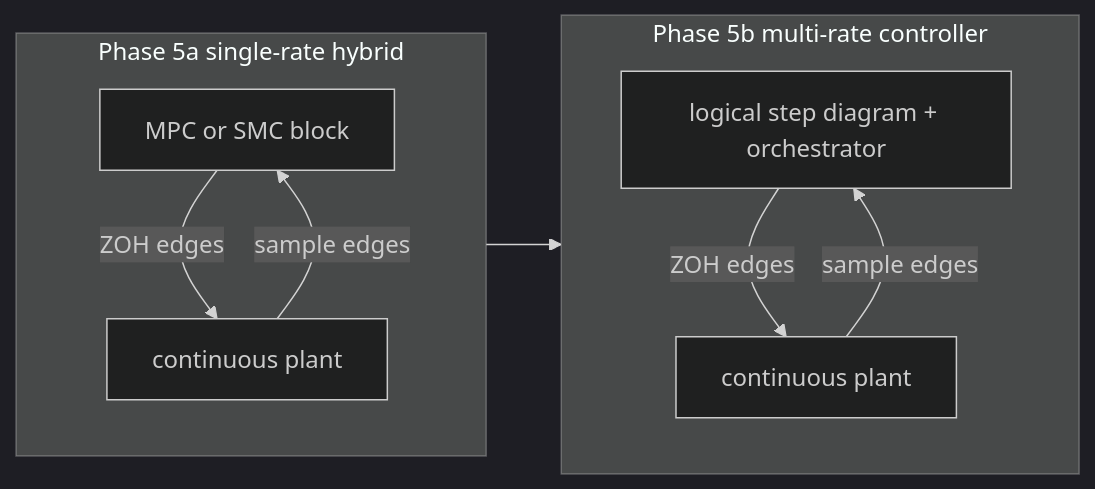
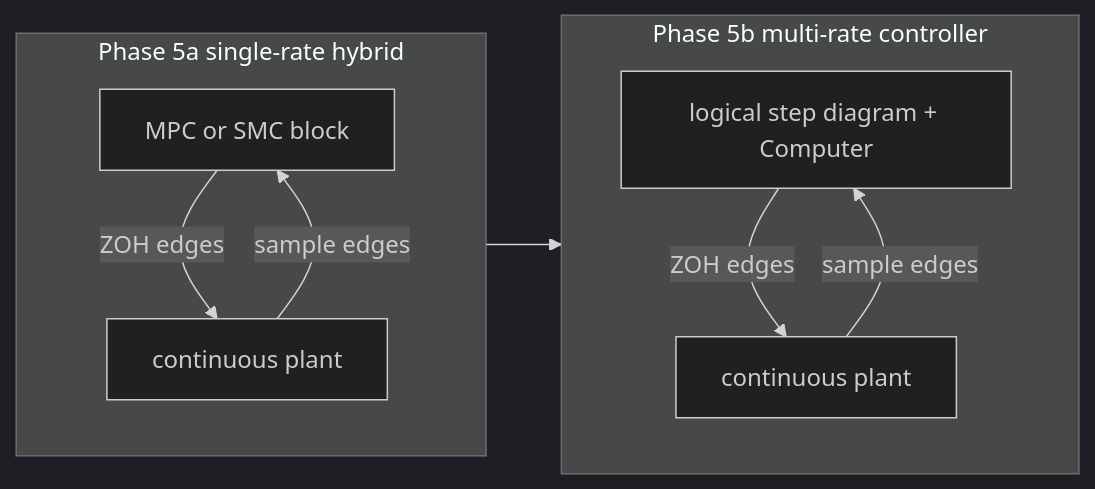
One commit to alx87grd/minilink changed the first of 4 diagrams in docs/plans/hybrid-discrete-simulation.md. Above: the diagram before and after it, drawn with Mermaid (dark theme). The commit also changed other lines of this file and 9 other files, not shown here.

````diff
--- a/docs/plans/hybrid-discrete-simulation.md
+++ b/docs/plans/hybrid-discrete-simulation.md
@@ -304,18 +304,18 @@
 ```mermaid
 flowchart LR
     subgraph phase5a [Phase 5a single-rate hybrid]
         C1[MPC or SMC block]
         P1[continuous plant]
         C1 -->|ZOH edges| P1
         P1 -->|sample edges| C1
     end
 
     subgraph phase5b [Phase 5b multi-rate controller]
-        C2[logical step diagram + orchestrator]
+        C2[logical step diagram + Computer]
         P2[continuous plant]
         C2 -->|ZOH edges| P2
         P2 -->|sample edges| C2
     end
 
     phase5a --> phase5b
 ```
````
